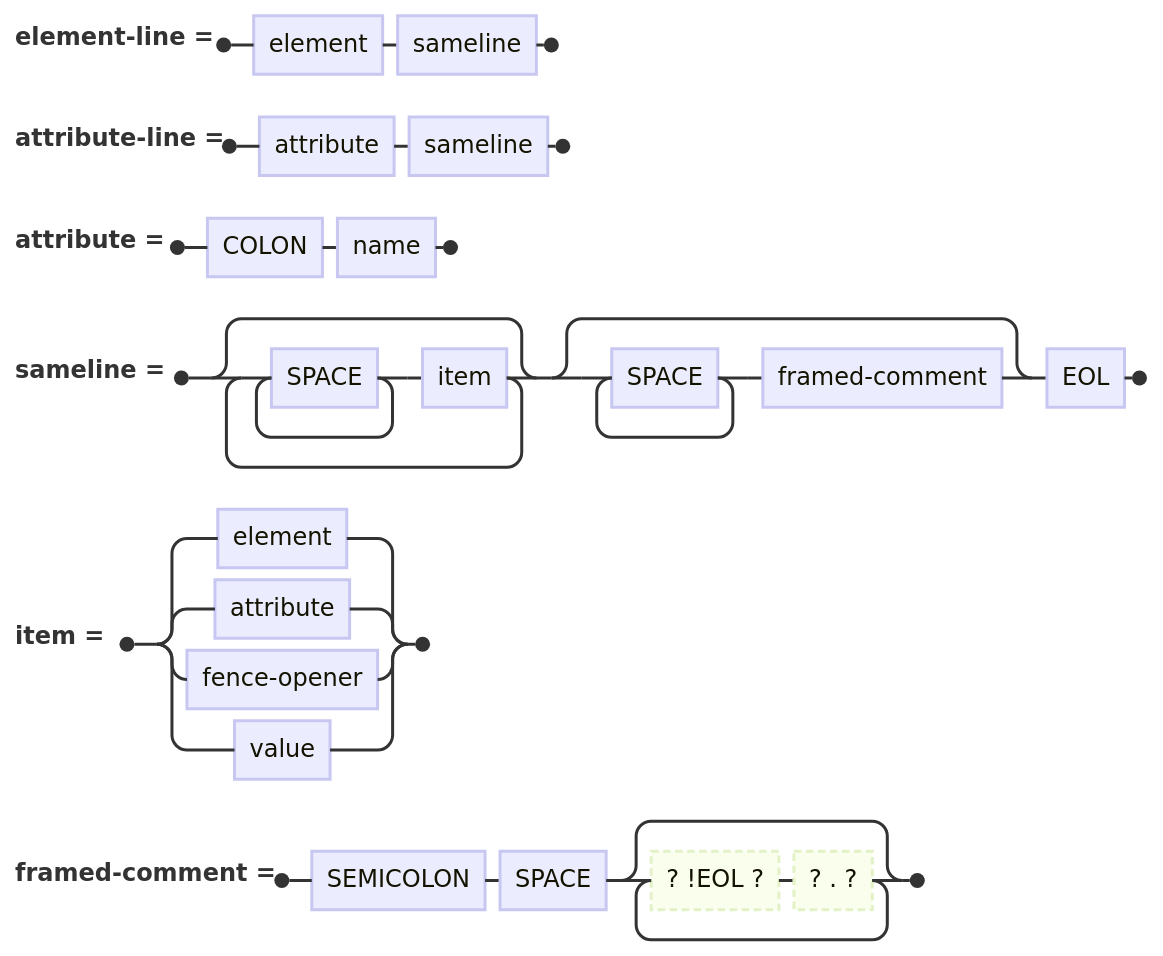
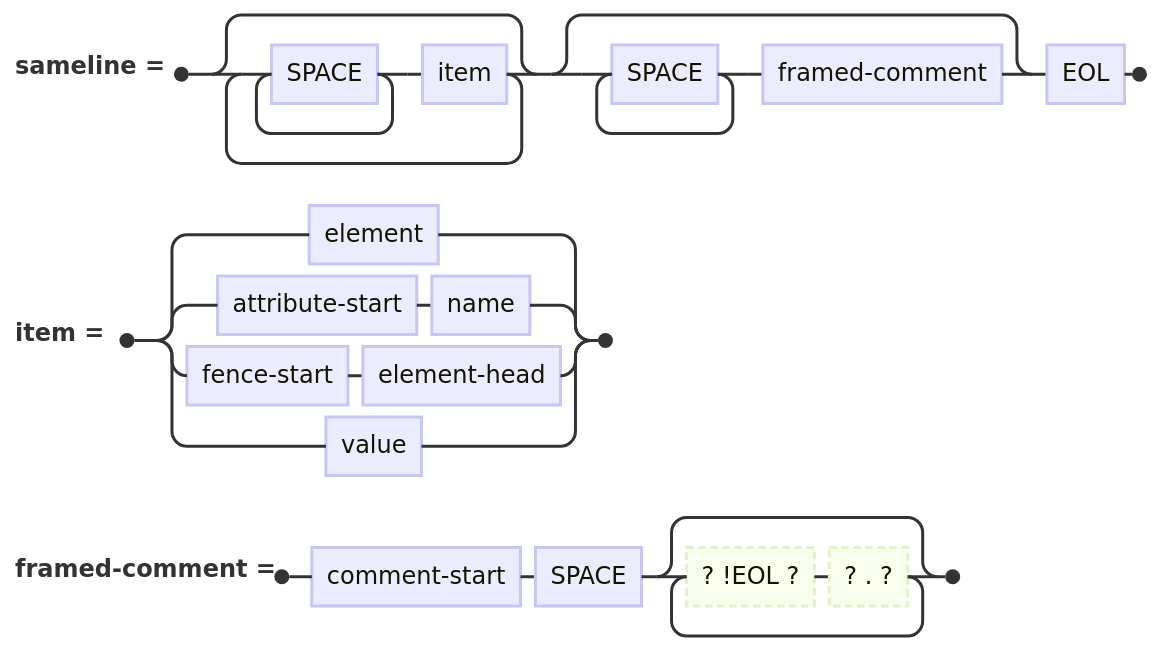
Before and after one commit to v2-io/udon: the fourth of 10 diagrams in v2/spec-lite-0.1.0/.int/railroad-2026-10-21.md, drawn with Mermaid. The commit also changed other lines of this file and 1 other file, not shown here.

First line of the commit message:
spec-lite-0.1.0: railroad rewritten around the starts (Joseph, 2026-10-21): section 2 defines element/attribute/comment/fence/reserved-start with their guards marked OPEN; block-line, sameline items and text-end all built from them; verbatim recorded

````diff
--- a/v2/spec-lite-0.1.0/.int/railroad-2026-10-21.md
+++ b/v2/spec-lite-0.1.0/.int/railroad-2026-10-21.md
@@ -40,13 +58,9 @@
 ```mermaid
 railroad-peg-beta
 title "Sameline"
-element-line <- element sameline ;
-attribute-line <- attribute sameline ;
-attribute <- COLON name ;
-%% its value is the next item on the line ([[rule:attribute-with-no-value-takes-next-value]]); none at all is an error ([[rule:missing-value]])
 sameline <- (SPACE+ item)* (SPACE+ framed-comment)? EOL ;
-item <- element / attribute / fence-opener / value ;
-%% an attribute directly after an attribute with no value is the reserved nested-attribute error ([[rule:attribute-after-attribute-with-no-value]])
-framed-comment <- SEMICOLON SPACE (!EOL .)* ;
-%% [[rule:framed-comments]]; attaches to the nearest item (Joseph, 2026-10-20): an attribute's value on that line, or an element as its next child
+item <- element / attribute-start name / fence-start element-head / value ;
+%% every item but a value begins with a start (section 2). A value goes to the attribute still waiting for one, else to $main on an element line or stacks on an attribute line ([[rule:leftover-values]]); an attribute with nothing after it is an error ([[rule:missing-value]]); an attribute directly after an attribute with no value is the reserved nested-attribute error ([[rule:attribute-after-attribute-with-no-value]])
+framed-comment <- comment-start SPACE (!EOL .)* ;
+%% [[rule:framed-comments]]: a space on each side. It attaches to the nearest item (Joseph, 2026-10-20): an attribute's value on that line, or an element as its next child
 ```
````
